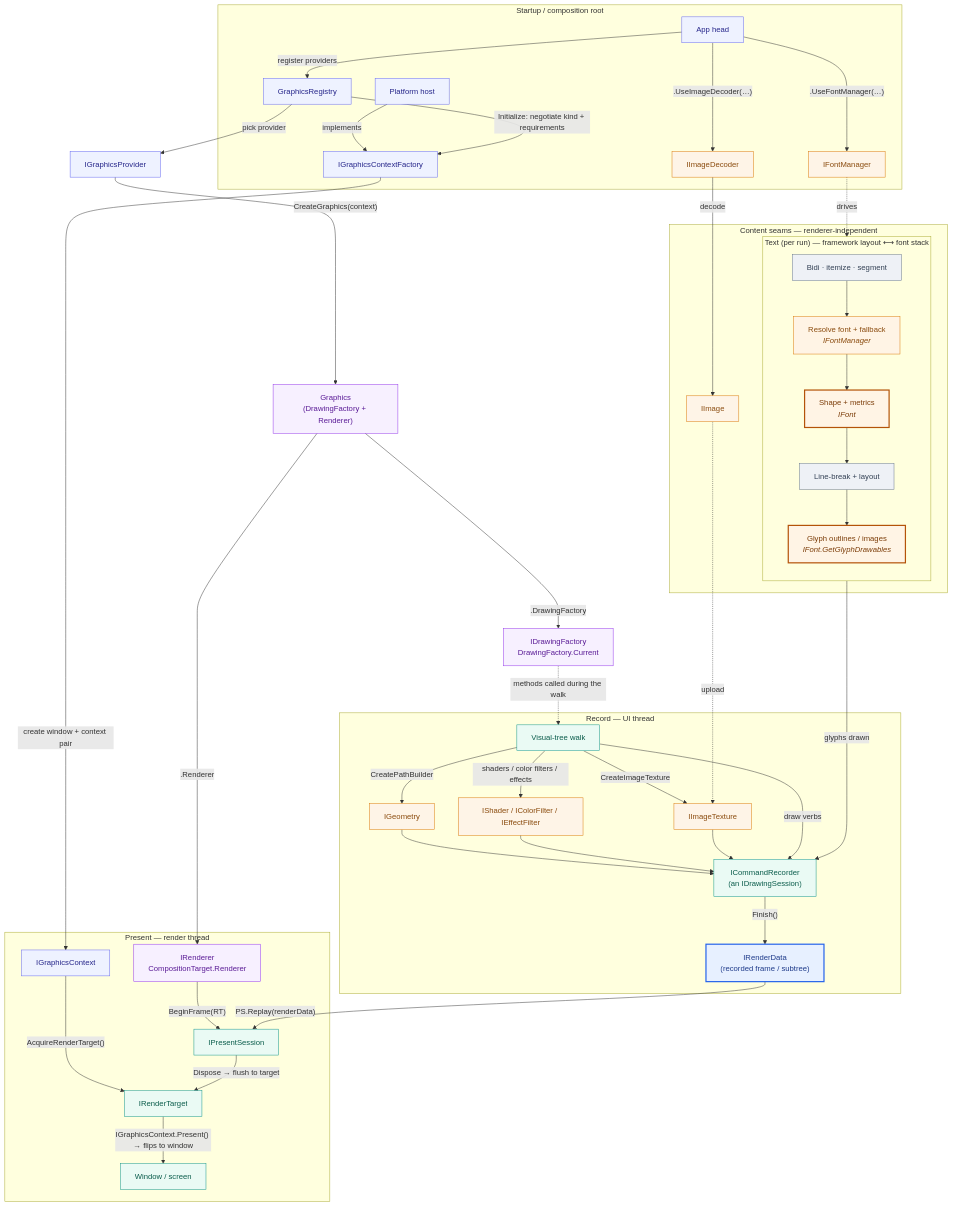
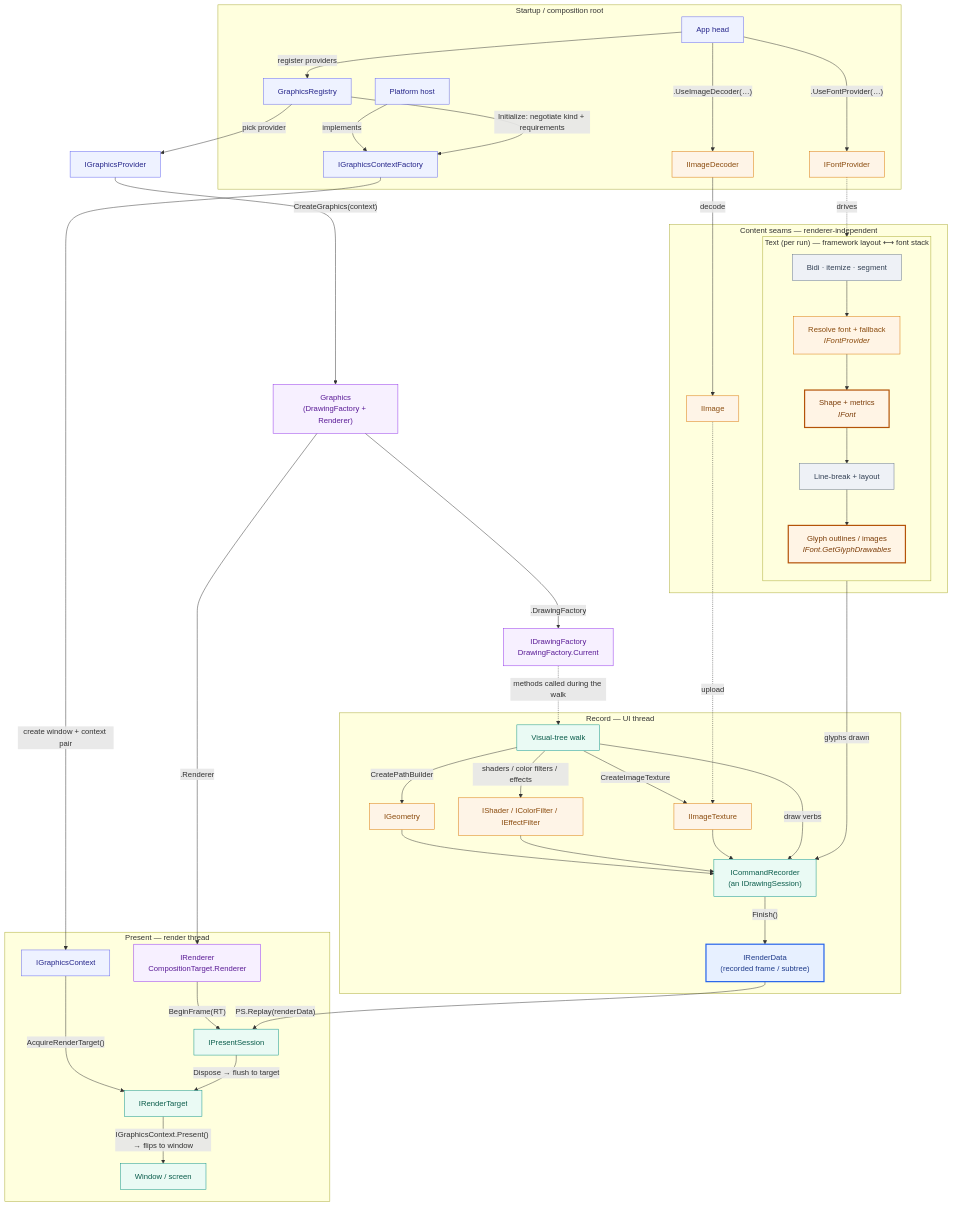
The diagram in doc/uno-drawing-backend-design.md (unoplatform/uno), drawn with Mermaid before and after one commit. The commit also changed other lines of this file, not shown here.

First line of the commit message:
docs(drawing-backend): rename IFontManager -> IFontProvider

````diff
--- a/doc/uno-drawing-backend-design.md
+++ b/doc/uno-drawing-backend-design.md
@@ -79,68 +79,68 @@
 ```mermaid
 flowchart TB
   subgraph Startup["Startup / composition root"]
     App["App head"] -->|"register providers"| Reg["GraphicsRegistry"]
     App -->|".UseImageDecoder(…)"| Dec["IImageDecoder"]
-    App -->|".UseFontManager(…)"| FM["IFontManager"]
+    App -->|".UseFontProvider(…)"| FM["IFontProvider"]
     Host["Platform host"] -->|"implements"| CF["IGraphicsContextFactory"]
   end
 
   Reg -->|"Initialize: negotiate kind + requirements"| CF
   CF -->|"create window + context pair"| Ctx["IGraphicsContext"]
   Reg -->|"pick provider"| Prov["IGraphicsProvider"]
   Prov -->|"CreateGraphics(context)"| GS["Graphics<br/>(DrawingFactory + Renderer)"]
   GS -->|".DrawingFactory"| Fac["IDrawingFactory<br/>DrawingFactory.Current"]
   GS -->|".Renderer"| Ren["IRenderer<br/>CompositionTarget.Renderer"]
 
   subgraph Content["Content seams — renderer-independent"]
     Dec -->|"decode"| IMG["IImage"]
     subgraph TextLane["Text (per run) — framework layout ⟷ font stack"]
       direction TB
-      TA["Bidi · itemize · segment"] --> FR["Resolve font + fallback<br/><i>IFontManager</i>"]
+      TA["Bidi · itemize · segment"] --> FR["Resolve font + fallback<br/><i>IFontProvider</i>"]
       FR --> SH["Shape + metrics<br/><i>IFont</i>"]
       SH --> LB["Line-break + layout"]
       LB --> GL["Glyph outlines / images<br/><i>IFont.GetGlyphDrawables</i>"]
     end
   end
   FM -.->|"drives"| FR
 
   subgraph Record["Record — UI thread"]
     Tree["Visual-tree walk"] -->|"CreatePathBuilder"| GEO["IGeometry"]
     Tree -->|"shaders / color filters / effects"| PNT["IShader / IColorFilter / IEffectFilter"]
     Tree -->|"CreateImageTexture"| TEX["IImageTexture"]
     GEO --> REC["ICommandRecorder<br/>(an IDrawingSession)"]
     PNT --> REC
     TEX --> REC
     Tree -->|"draw verbs"| REC
     REC -->|"Finish()"| RD["IRenderData<br/>(recorded frame / subtree)"]
   end
 
   subgraph Present["Present — render thread"]
     Ctx -->|"AcquireRenderTarget()"| RT["IRenderTarget"]
     Ren -->|"BeginFrame(RT)"| PS["IPresentSession"]
     PS -->|"Dispose → flush to target"| RT
     RT -->|"IGraphicsContext.Present() → flips to window"| Win["Window / screen"]
   end
   RD -->|"PS.Replay(renderData)"| PS
 
   Fac -.->|"methods called during the walk"| Tree
   IMG -.->|"upload"| TEX
   GL -->|"glyphs drawn"| REC
 
   classDef startup fill:#eef2ff,stroke:#6366f1,color:#26268a;
   classDef install fill:#f7f0ff,stroke:#9333ea,color:#5a1b96;
   classDef frame fill:#eafaf4,stroke:#0d9488,color:#0a5c4b;
   classDef content fill:#fef4e7,stroke:#d97706,color:#8a4b0e;
   classDef fw fill:#eef1f6,stroke:#64748b,color:#334155;
   classDef mgr fill:#fff4e5,stroke:#d97706,color:#8a4b0e;
   classDef font fill:#fff4e5,stroke:#b45309,color:#7c3d09,stroke-width:2.5px;
   classDef retained fill:#e7f0ff,stroke:#2563eb,color:#1e3a8a,stroke-width:2.5px;
   class App,Reg,Host,CF,Ctx,Prov startup;
   class GS,Fac,Ren install;
   class Tree,REC,PS,RT,Win frame;
   class RD retained;
   class Dec,FM,IMG,GEO,TEX,PNT content;
   class TA,LB fw;
   class FR mgr;
   class SH,GL font;
 ```
````
